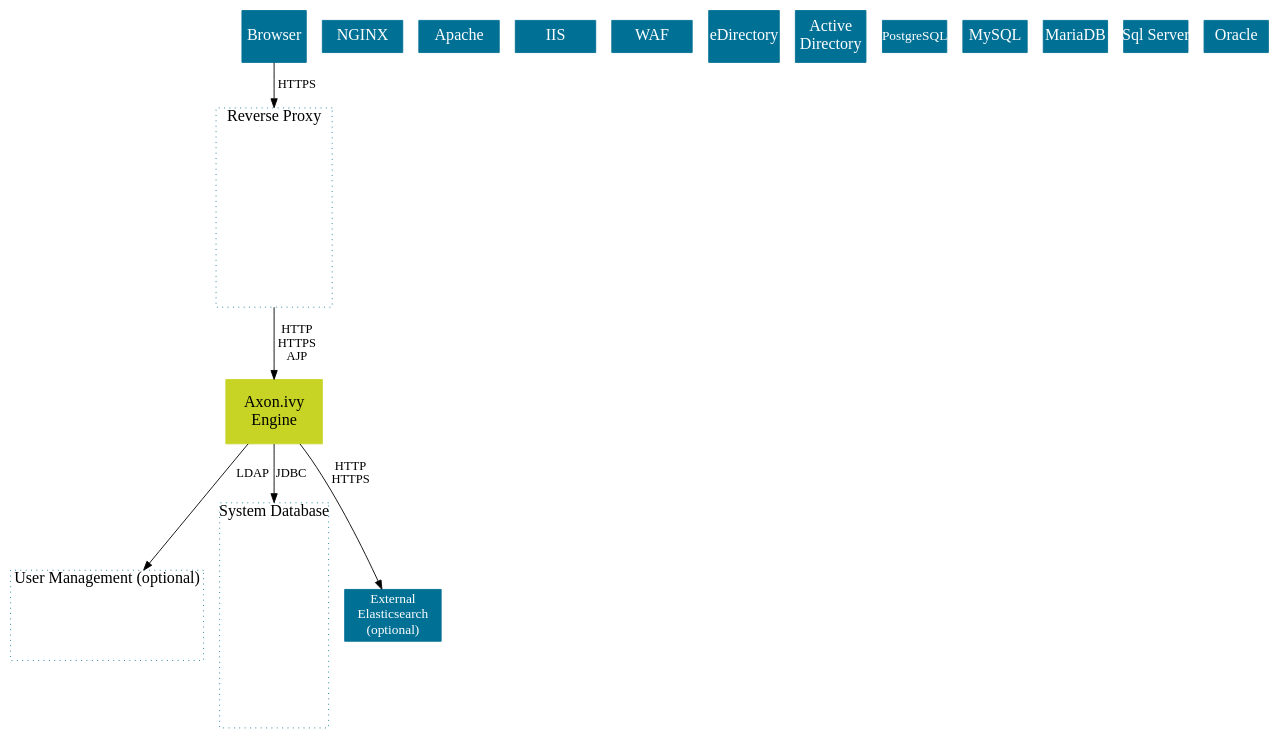
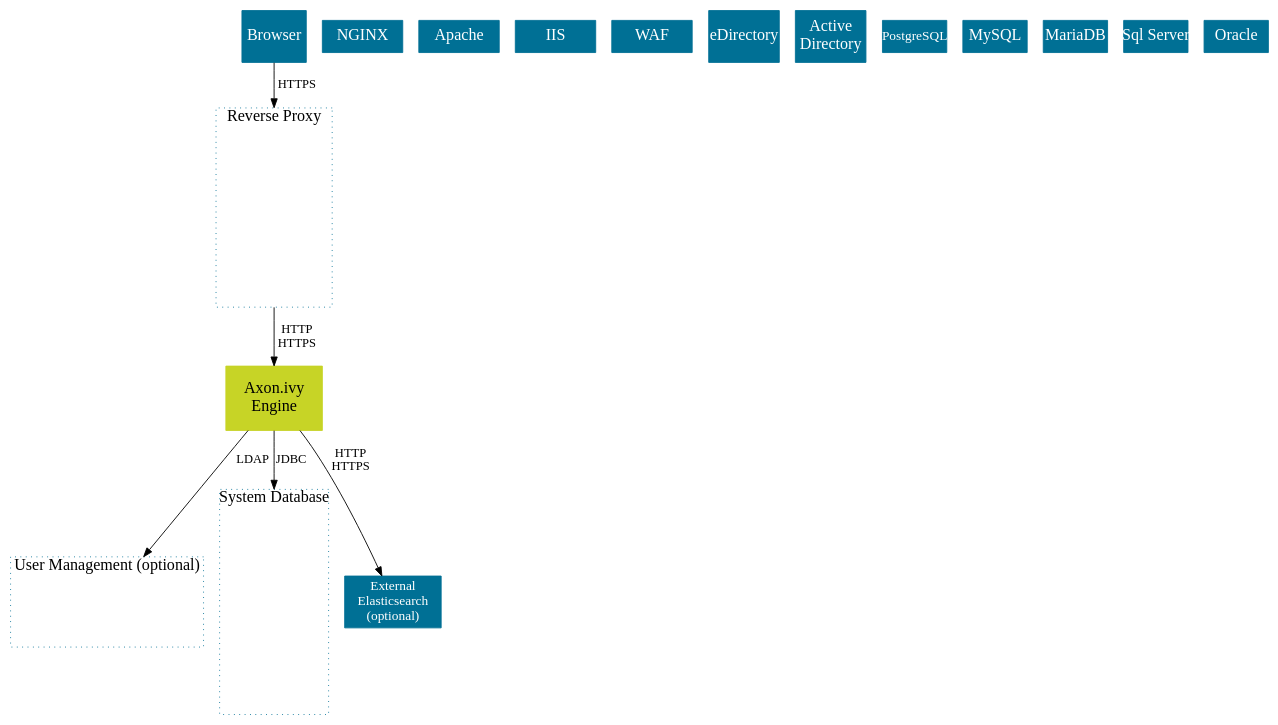
Before and after one commit to bernhardAxonIvy/doc: the diagram in source/engine-guide/integration/overview.dot, drawn with Graphviz. The commit also changed 7 other files, not shown here.

```diff
--- a/source/engine-guide/integration/overview.dot
+++ b/source/engine-guide/integration/overview.dot
@@ -1,41 +1,41 @@
 
 digraph overview {
   node [
     shape=box, 
     style=filled,
     margin=0 width=2 height=0.8
     fontcolor="white",    
     color="#007095",
     fixedsize=true,
     fontsize=18
   ];
 
   browser [ label="Browser", pos = "0,2.5!", width=1];
 
   frontendServers [ label="Reverse Proxy",pos = "2.25,2.5!" width=1.8 height=3.1 style="dotted" fontcolor="black" labelloc="t"];
   frontendNginx [ label="NGINX",pos = "2.25,3.4!" width=1.25 height=0.5];
   frontendApache [ label="Apache",pos = "2.25,2.8!" width=1.25 height=0.5];
   frontendIIS [ label="IIS",pos = "2.25,2.2!" width=1.25 height=0.5];
   frontendWAF [ label="WAF",pos = "2.25,1.6!" width=1.25 height=0.5];
  
   engine [label="Axon.ivy\nEngine", pos="5.4,2.5!", height="1", width="1.5", color="#C7D426", fontcolor="black"];
   
   userManagement [ label="User Management (optional)",pos = "5.4,0.7!" width=3 height=1.4 style="dotted" fontcolor="black" labelloc="t"];
   eDirectory [ label="eDirectory", width="1.1" pos="4.75,0.6!"];
   activeDirectory [ label="Active\nDirectory", width="1.1" pos="6,0.6!"];
 
   systemdb [ label="System Database", pos="8,2.5!" width=1.7 height=3.5 style="dotted" fontcolor="black" labelloc="t"]
   postgres [ label="PostgreSQL", pos="8,3.5!" width=1 height=0.5 fontsize=15]
   mysql [ label="MySQL", pos="8,2.9!" width=1 height=0.5]
   mariadb [ label="MariaDB", pos="8,2.3!" width=1 height=0.5]
   mssql [ label="Sql Server", pos="8,1.7!" width=1 height=0.5]
   oracle [ label="Oracle", pos="8,1.1!" width=1 height=0.5]
 
   elasticsearch [ label="External\n Elasticsearch\n (optional)", pos="5.4,4.25!" width=1.5 fontsize=15]
 
   browser -> frontendServers [ label="HTTPS"];
-  frontendServers -> engine [ label="HTTP\nHTTPS\nAJP" ];
+  frontendServers -> engine [ label="HTTP\nHTTPS" ];
   engine -> userManagement [ label="LDAP" ];
   engine -> systemdb [ label="JDBC" ];
   engine -> elasticsearch [label="HTTP\nHTTPS"];
 }
```
